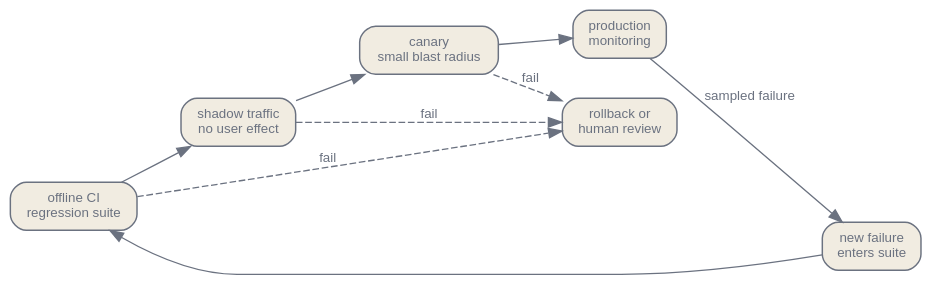
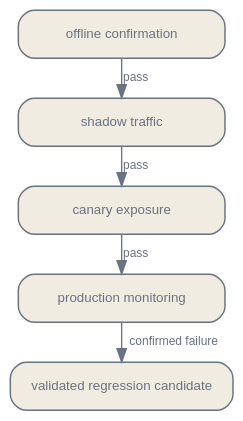
One commit to latere-ai/ai-as-an-infrastructure changed the diagram in en/evaluation/07-operational-evaluation.qmd. Above: the diagram before and after it, drawn with Graphviz. The commit also changed other lines of this file and 4 other files, not shown here.

Commit message:
docs: rewrite operational evaluation contract

````diff
--- a/en/evaluation/07-operational-evaluation.qmd
+++ b/en/evaluation/07-operational-evaluation.qmd
@@ -24,23 +59,20 @@
 ```{dot}
 //| label: fig-operational-evaluation-gates
-//| fig-cap: "Operational evaluation moves through progressively more realistic gates. Each gate has a different blast radius and a different kind of evidence: offline regression catches known failures, shadow traffic catches integration failures, canary catches user-distribution failures, and production monitoring catches drift."
+//| fig-cap: "A release moves through four evidence stages. Failure or insufficient evidence at any stage holds or rolls back the candidate. Confirmed production failures return as candidates for the private suite rather than entering it without review."
 digraph {
   bgcolor="transparent";
-  rankdir=LR;
-  nodesep=0.35; ranksep=0.45;
-  node [shape=box, style="rounded,filled", fontname="Helvetica", fontsize=10, color="#6b7280", fontcolor="#6b7280", fillcolor="#f1ece1", penwidth=1.1];
-  edge [fontsize=10, fontname="Helvetica", color="#6b7280", fontcolor="#6b7280"];
-  CI [label="offline CI\nregression suite"];
-  SH [label="shadow traffic\nno user effect"];
-  CA [label="canary\nsmall blast radius"];
-  PR [label="production\nmonitoring"];
-  RB [label="rollback or\nhuman review"];
-  DS [label="new failure\nenters suite"];
-  CI -> SH -> CA -> PR;
-  CI -> RB [label="fail", style=dashed];
-  SH -> RB [label="fail", style=dashed];
-  CA -> RB [label="fail", style=dashed];
-  PR -> DS [label="sampled failure"];
-  DS -> CI;
+  rankdir=TB;
+  nodesep=0.24; ranksep=0.28;
+  node [shape=box, style="rounded,filled", fontname="Helvetica", fontsize=10, color="#6b7280", fontcolor="#6b7280", fillcolor="#f1ece1", penwidth=1.1, width=2.15];
+  edge [fontsize=9, fontname="Helvetica", color="#6b7280", fontcolor="#6b7280"];
+  OFF [label="offline confirmation"];
+  SH [label="shadow traffic"];
+  CAN [label="canary exposure"];
+  MON [label="production monitoring"];
+  IN [label="validated regression candidate"];
+  OFF -> SH [label="pass"];
+  SH -> CAN [label="pass"];
+  CAN -> MON [label="pass"];
+  MON -> IN [label="confirmed failure"];
 }
 ```
````
